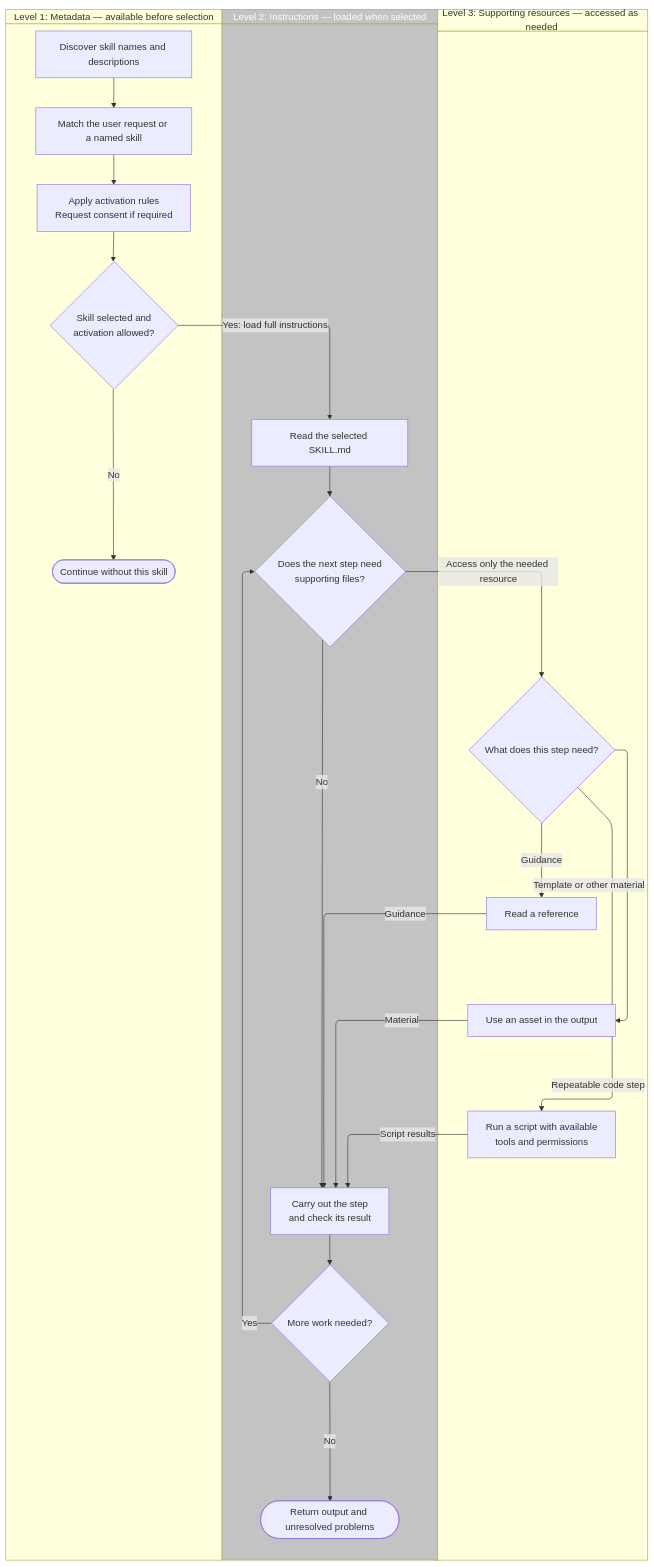
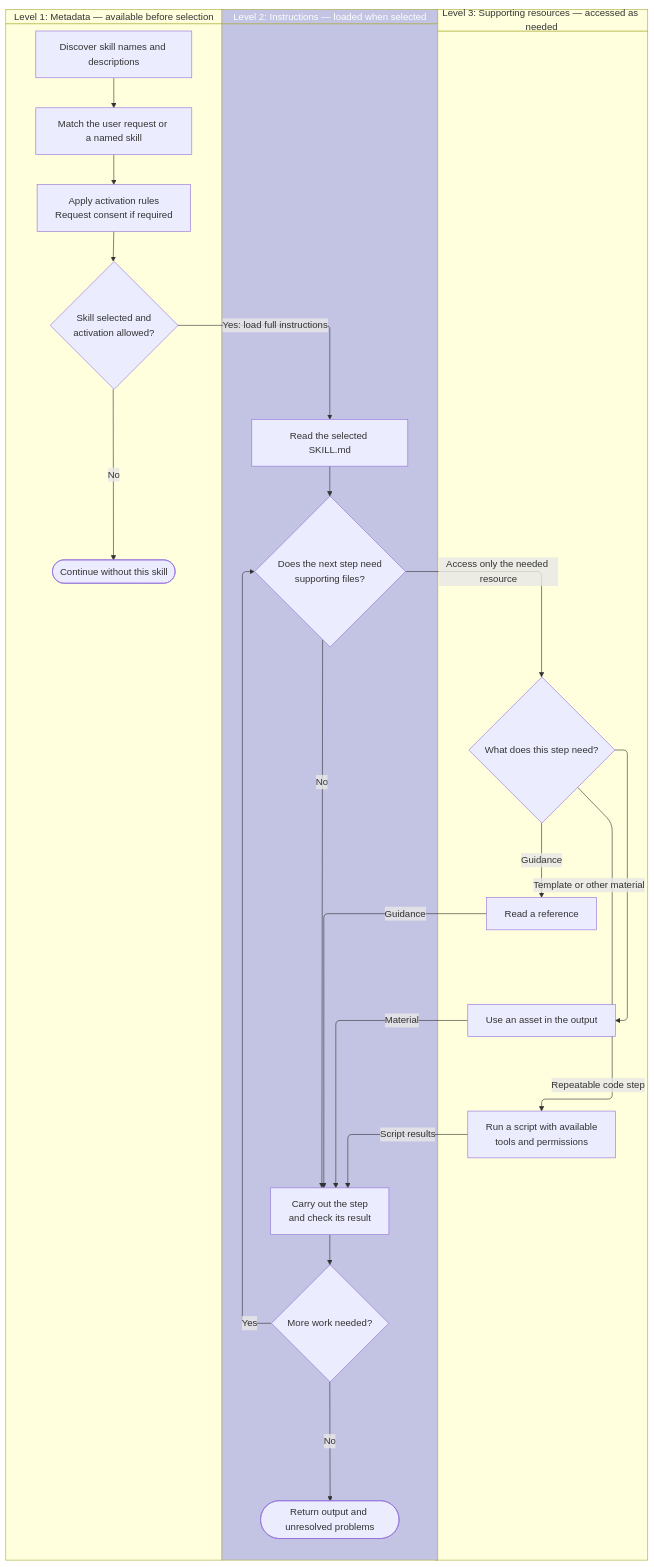
Before and after one commit to pomodorozhong/personal-research: the diagram in topics/agent_skills/basics.md, drawn with Mermaid.

Commit message:
docs(agent-skills): adjust instruction lane color

````diff
--- a/topics/agent_skills/basics.md
+++ b/topics/agent_skills/basics.md
@@ -56,46 +56,46 @@
 ```mermaid
 swimlane-beta TB
     accTitle: Progressive disclosure in three levels
     accDescr: The same agent starts with metadata, loads instructions after selecting a skill, and accesses supporting resources only when needed.
 
     subgraph metadata["Level 1: Metadata — available before selection"]
         A["Discover skill names and descriptions"]
         B["Match the user request or a named skill"]
         C["Apply activation rules<br/>Request consent if required"]
         D{"Skill selected and<br/>activation allowed?"}
         E(["Continue without this skill"])
         A --> B --> C --> D
         D -->|No| E
     end
 
     subgraph instructions["Level 2: Instructions — loaded when selected"]
         H["Read the selected SKILL.md"]
         I{"Does the next step need<br/>supporting files?"}
         N["Carry out the step<br/>and check its result"]
         O{"More work needed?"}
         P(["Return output and unresolved problems"])
         H --> I
         I -->|No| N
         N --> O
         O -->|Yes| I
         O -->|No| P
     end
 
     subgraph resources["Level 3: Supporting resources — accessed as needed"]
         R{"What does this step need?"}
         J["Read a reference"]
         K["Use an asset in the output"]
         L["Run a script with available<br/>tools and permissions"]
         R -->|Guidance| J
         R -->|Template or other material| K
         R -->|Repeatable code step| L
     end
 
     D -->|Yes: load full instructions| H
     I -->|Access only the needed resource| R
     J -->|Guidance| N
     K -->|Material| N
     L -->|Script results| N
 
-    style instructions fill:#c3c3c3,color:#fff
+    style instructions fill:#c3c3e3,color:#fff
 ```
````
